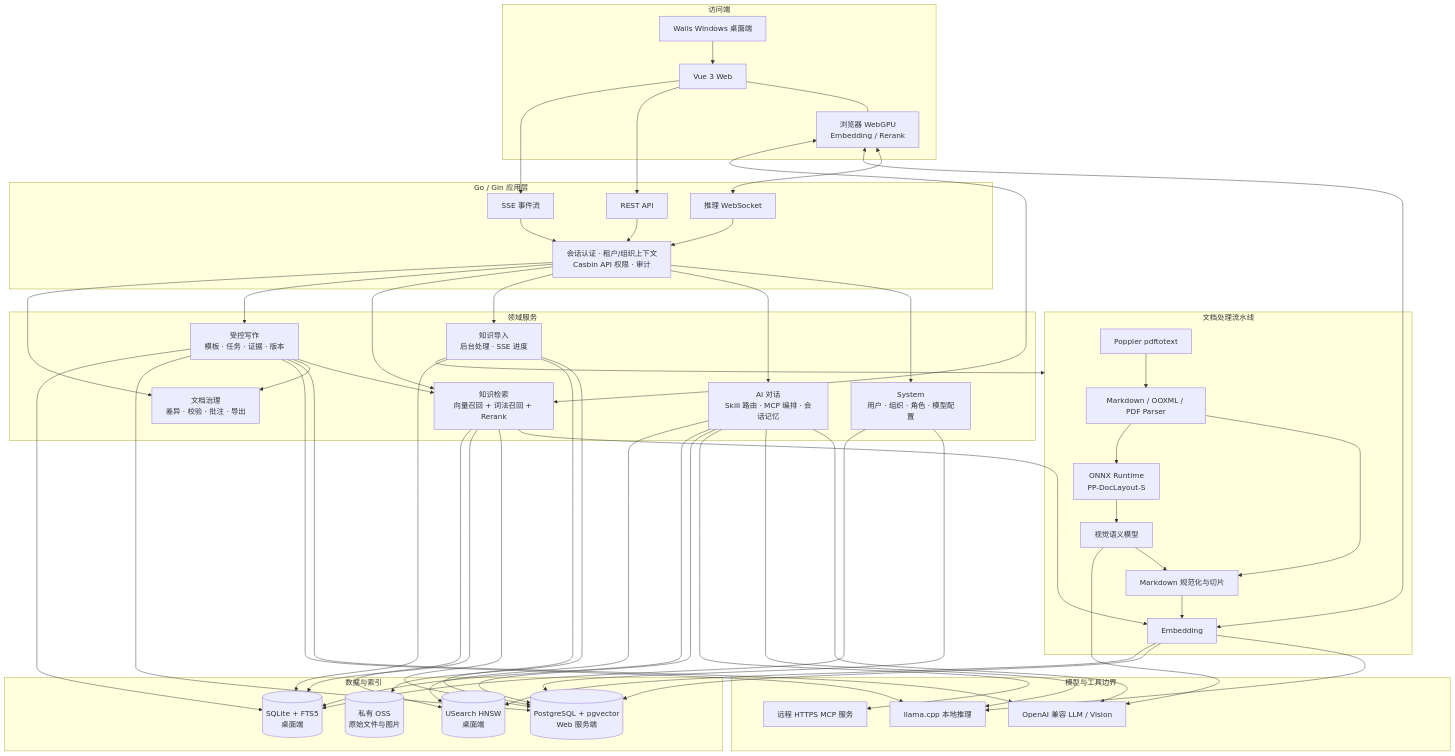
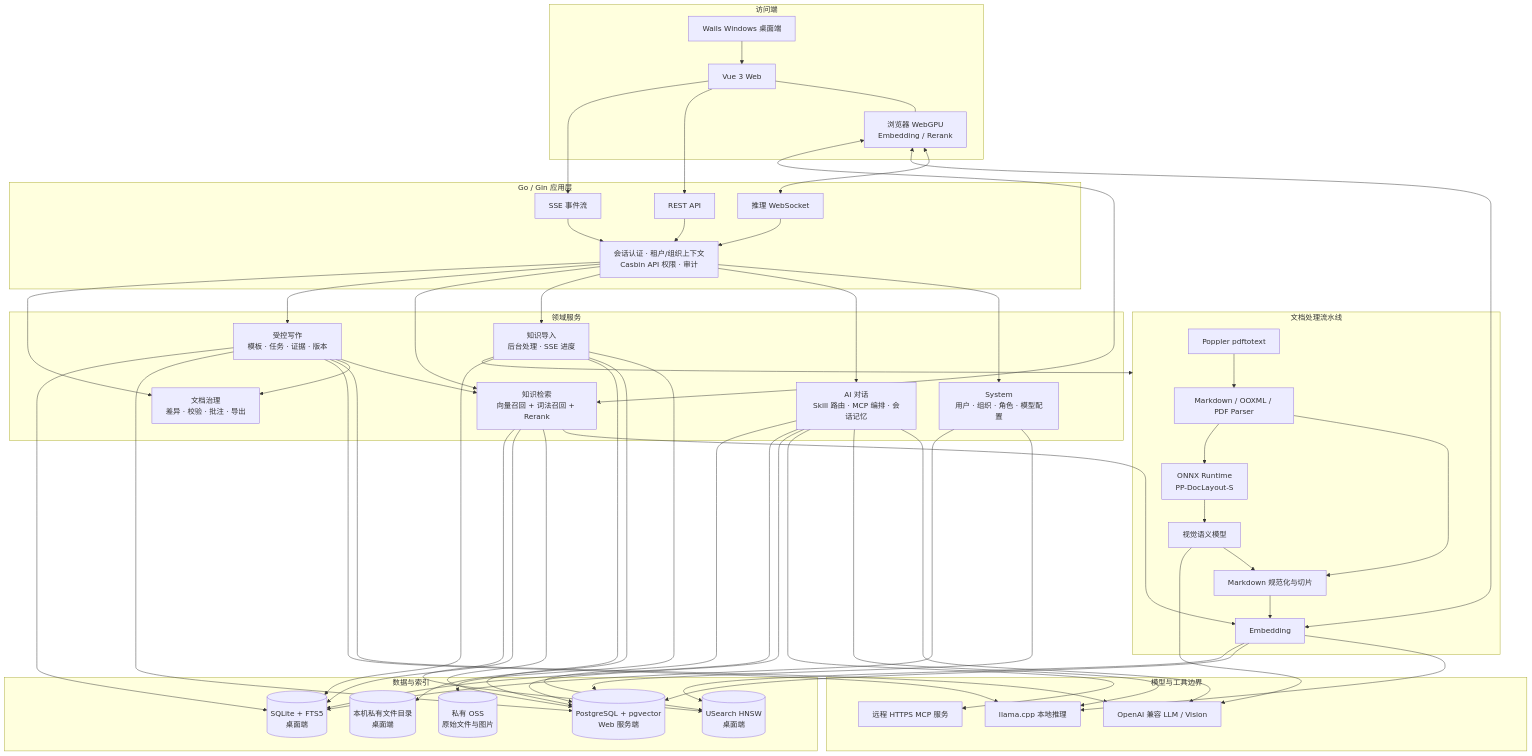
One commit to helpleness/openinkflow changed the first of 2 diagrams in README.md. Above: the diagram before and after it, drawn with Mermaid. The commit also changed other lines of this file and 16 other files, not shown here.

```diff
--- a/README.md
+++ b/README.md
@@ -135,6 +135,7 @@
         SQLite[(SQLite + FTS5<br/>桌面端)]
         USearch[(USearch HNSW<br/>桌面端)]
         OSS[(私有 OSS<br/>原始文件与图片)]
+        LocalFiles[(本机私有文件目录<br/>桌面端)]
     end
 
     System --> PG
@@ -143,6 +144,7 @@
     Chat --> SQLite
     Chat --> USearch
     Ingest --> OSS
+    Ingest --> LocalFiles
     Ingest --> PG
     Ingest --> SQLite
     Embed --> PG
```
